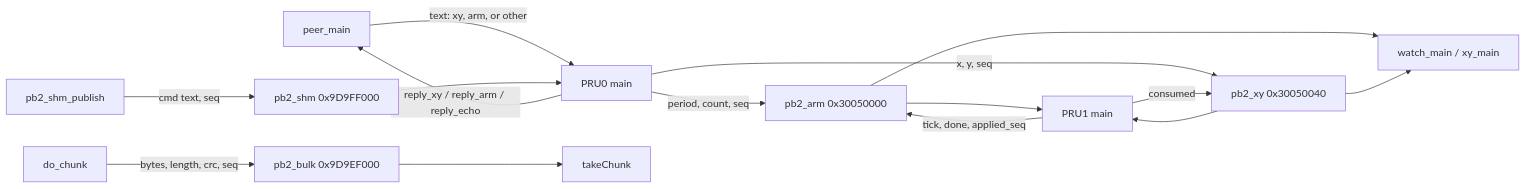
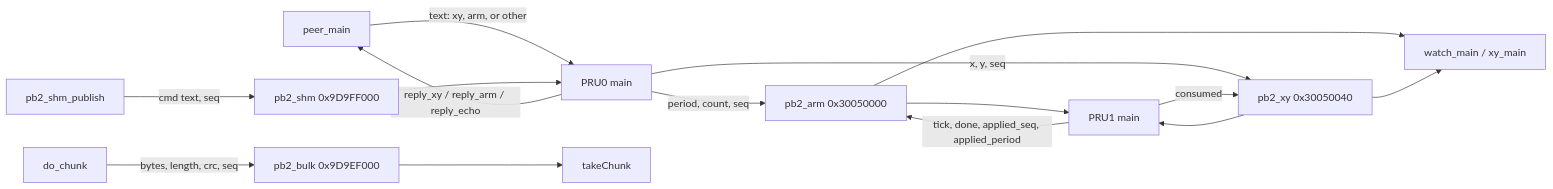
The second of 3 diagrams in COMMS.md (kevinacahalan/pocketbeagle2-linux-zephyr-pru-demo), drawn with Mermaid before and after one commit. The commit also changed other lines of this file, not shown here.

Commit message:
Name every shared-RAM reader in COMMS.md.

````diff
--- a/COMMS.md
+++ b/COMMS.md
@@ -40,29 +40,29 @@
 ```mermaid
 flowchart LR
   peer["peer_main"]
   pru0["PRU0 main"]
   chunk["do_chunk"]
   bulk["pb2_bulk 0x9D9EF000"]
   take["takeChunk"]
   shm["pb2_shm_publish"]
   box["pb2_shm 0x9D9FF000"]
   arm["pb2_arm 0x30050000"]
   xy["pb2_xy 0x30050040"]
   pru1["PRU1 main"]
   watch["watch_main / xy_main"]
 
   peer -->|"text: xy, arm, or other"| pru0
   pru0 -->|"reply_xy / reply_arm / reply_echo"| peer
   chunk -->|"bytes, length, crc, seq"| bulk
   bulk --> take
   shm -->|"cmd text, seq"| box
   box --> pru0
   pru0 -->|"period, count, seq"| arm
   pru0 -->|"x, y, seq"| xy
   arm --> pru1
   xy --> pru1
-  pru1 -->|"tick, done, applied_seq"| arm
+  pru1 -->|"tick, done, applied_seq, applied_period"| arm
   pru1 -->|"consumed"| xy
   arm --> watch
   xy --> watch
 ```
````
